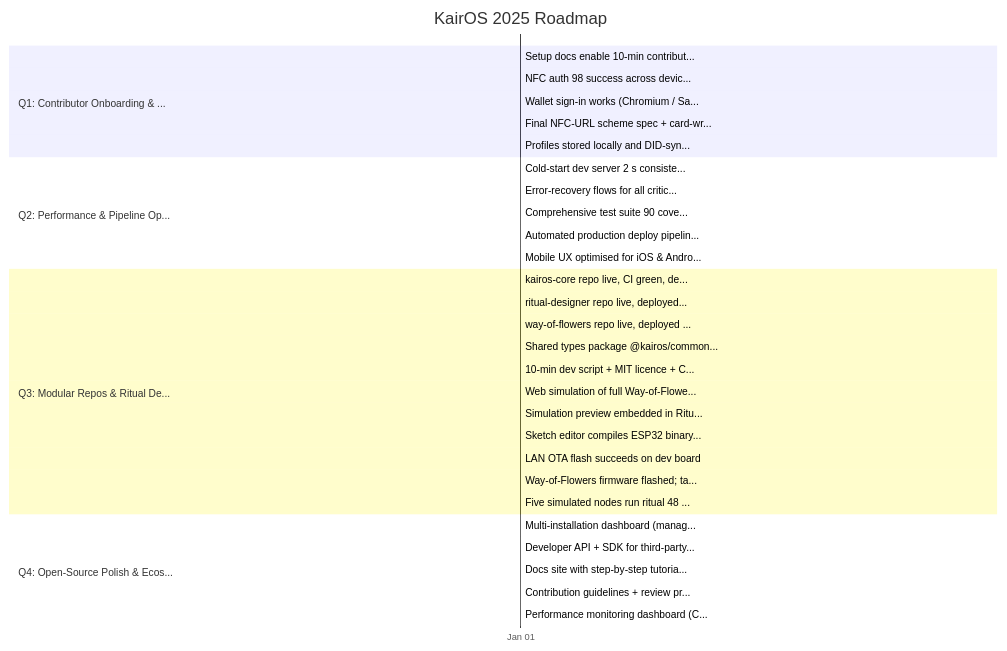
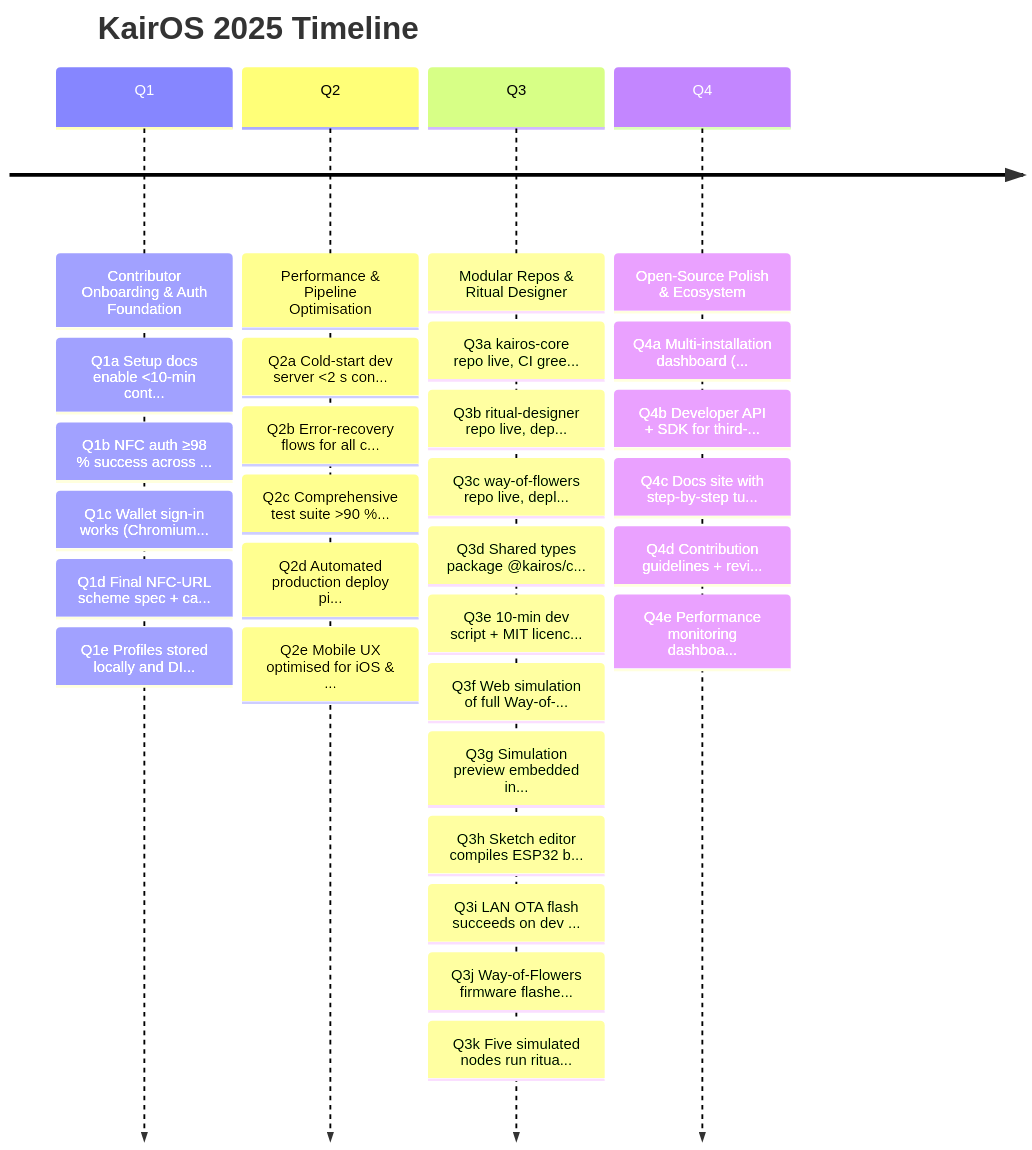
Before and after one commit to bradleycr/kairos-okr-roadmap: the diagram in ROADMAP.md, drawn with Mermaid. The commit also changed other lines of this file and 1 other file, not shown here.

Commit message:
Switch roadmap to Mermaid timeline chart only (remove Gantt), add legend table for clarity

````diff
--- a/ROADMAP.md
+++ b/ROADMAP.md
@@ -128,37 +39,34 @@
 ```mermaid
-gantt
-    title KairOS 2025 Roadmap
-    dateFormat YYYY-MM-DD
-    axisFormat %b %d
-    
-    section Q1: Contributor Onboarding & ...
-    Setup docs enable 10-min contribut... :done, Q1a, 2025-01-01, Wed Jan 15 2025 01:00:00 GMT+0100 (Central European Standard Time)
-    NFC auth 98 success across devic... :done, Q1b, 2025-01-01, Fri Feb 28 2025 01:00:00 GMT+0100 (Central European Standard Time)
-    Wallet sign-in works (Chromium / Sa... :done, Q1c, 2025-01-01, Fri Feb 28 2025 01:00:00 GMT+0100 (Central European Standard Time)
-    Final NFC-URL scheme spec + card-wr... :done, Q1d, 2025-01-01, Sat Feb 15 2025 01:00:00 GMT+0100 (Central European Standard Time)
-    Profiles stored locally and DID-syn... :done, Q1e, 2025-01-01, Sat Mar 15 2025 01:00:00 GMT+0100 (Central European Standard Time)
-    section Q2: Performance & Pipeline Op...
-    Cold-start dev server 2 s consiste... :done, Q2a, 2025-01-01, Tue Apr 15 2025 02:00:00 GMT+0200 (Central European Summer Time)
-    Error-recovery flows for all critic... :done, Q2b, 2025-01-01, Thu May 15 2025 02:00:00 GMT+0200 (Central European Summer Time)
-    Comprehensive test suite 90 cove... :done, Q2c, 2025-01-01, Sun Jun 15 2025 02:00:00 GMT+0200 (Central European Summer Time)
-    Automated production deploy pipelin... :done, Q2d, 2025-01-01, Mon Jun 30 2025 02:00:00 GMT+0200 (Central European Summer Time)
-    Mobile UX optimised for iOS & Andro... :done, Q2e, 2025-01-01, Mon Jun 30 2025 02:00:00 GMT+0200 (Central European Summer Time)
-    section Q3: Modular Repos & Ritual De...
-    kairos-core repo live, CI green, de... :crit, Q3a, 2025-01-01, Thu Jul 10 2025 02:00:00 GMT+0200 (Central European Summer Time)
-    ritual-designer repo live, deployed... :crit, Q3b, 2025-01-01, Thu Jul 10 2025 02:00:00 GMT+0200 (Central European Summer Time)
-    way-of-flowers repo live, deployed ... :crit, Q3c, 2025-01-01, Thu Jul 10 2025 02:00:00 GMT+0200 (Central European Summer Time)
-    Shared types package @kairos/common... :crit, Q3d, 2025-01-01, Sun Jul 20 2025 02:00:00 GMT+0200 (Central European Summer Time)
-    10-min dev script + MIT licence + C... :crit, Q3e, 2025-01-01, Thu Jul 31 2025 02:00:00 GMT+0200 (Central European Summer Time)
-    Web simulation of full Way-of-Flowe... :crit, Q3f, 2025-01-01, Fri Jul 25 2025 02:00:00 GMT+0200 (Central European Summer Time)
-    Simulation preview embedded in Ritu... :crit, Q3g, 2025-01-01, Thu Jul 31 2025 02:00:00 GMT+0200 (Central European Summer Time)
-    Sketch editor compiles ESP32 binary... :active, Q3h, 2025-01-01, Fri Aug 08 2025 02:00:00 GMT+0200 (Central European Summer Time)
-    LAN OTA flash succeeds on dev board :active, Q3i, 2025-01-01, Fri Aug 15 2025 02:00:00 GMT+0200 (Central European Summer Time)
-    Way-of-Flowers firmware flashed; ta... :active, Q3j, 2025-01-01, Sat Aug 30 2025 02:00:00 GMT+0200 (Central European Summer Time)
-    Five simulated nodes run ritual 48 ... :active, Q3k, 2025-01-01, Wed Sep 10 2025 02:00:00 GMT+0200 (Central European Summer Time)
-    section Q4: Open-Source Polish & Ecos...
-    Multi-installation dashboard (manag... :active, Q4a, 2025-01-01, Sun Nov 30 2025 01:00:00 GMT+0100 (Central European Standard Time)
-    Developer API + SDK for third-party... :active, Q4b, 2025-01-01, Mon Dec 15 2025 01:00:00 GMT+0100 (Central European Standard Time)
-    Docs site with step-by-step tutoria... :active, Q4c, 2025-01-01, Sat Nov 15 2025 01:00:00 GMT+0100 (Central European Standard Time)
-    Contribution guidelines + review pr... :active, Q4d, 2025-01-01, Fri Oct 31 2025 01:00:00 GMT+0100 (Central European Standard Time)
-    Performance monitoring dashboard (C... :active, Q4e, 2025-01-01, Wed Dec 31 2025 01:00:00 GMT+0100 (Central European Standard Time)
+timeline
+    title KairOS 2025 Timeline
+    Q1: Contributor Onboarding & Auth Foundation
+        : Q1a Setup docs enable <10-min cont...
+        : Q1b NFC auth ≥98 % success across ...
+        : Q1c Wallet sign-in works (Chromium...
+        : Q1d Final NFC-URL scheme spec + ca...
+        : Q1e Profiles stored locally and DI...
+    Q2: Performance & Pipeline Optimisation
+        : Q2a Cold-start dev server <2 s con...
+        : Q2b Error-recovery flows for all c...
+        : Q2c Comprehensive test suite >90 %...
+        : Q2d Automated production deploy pi...
+        : Q2e Mobile UX optimised for iOS & ...
+    Q3: Modular Repos & Ritual Designer
+        : Q3a kairos-core repo live, CI gree...
+        : Q3b ritual-designer repo live, dep...
+        : Q3c way-of-flowers repo live, depl...
+        : Q3d Shared types package @kairos/c...
+        : Q3e 10-min dev script + MIT licenc...
+        : Q3f Web simulation of full Way-of-...
+        : Q3g Simulation preview embedded in...
+        : Q3h Sketch editor compiles ESP32 b...
+        : Q3i LAN OTA flash succeeds on dev ...
+        : Q3j Way-of-Flowers firmware flashe...
+        : Q3k Five simulated nodes run ritua...
+    Q4: Open-Source Polish & Ecosystem
+        : Q4a Multi-installation dashboard (...
+        : Q4b Developer API + SDK for third-...
+        : Q4c Docs site with step-by-step tu...
+        : Q4d Contribution guidelines + revi...
+        : Q4e Performance monitoring dashboa...
 ```
````
